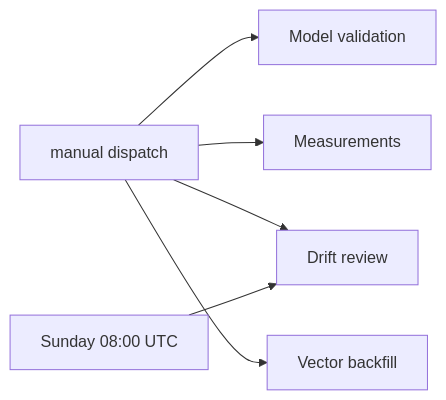
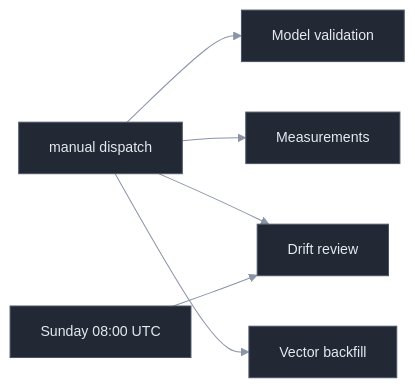
Before and after one commit to miztiik/yen-idhazh: the third of 4 diagrams in docs/reference/github-actions.md, drawn with Mermaid. The commit also changed other lines of this file and 18 other files, not shown here.

First line of the commit message:
Name a candidate by its models file, and give every diagram a house style (#725)

````diff
--- a/docs/reference/github-actions.md
+++ b/docs/reference/github-actions.md
@@ -436,8 +477,12 @@
 ```mermaid
+%%{init: {"theme": "base", "themeVariables": {"background": "#0f1117", "primaryColor": "#222834", "primaryTextColor": "#e6e9f0", "primaryBorderColor": "#4b5468", "lineColor": "#8b93a7", "textColor": "#e6e9f0", "clusterBkg": "#1a1e27", "clusterBorder": "#3a4254", "titleColor": "#e6e9f0", "edgeLabelBackground": "#1a1e27", "fontSize": "14px"}}}%%
 flowchart LR
  PERSON["manual dispatch"] --> VALIDATE["Model validation"]
  PERSON --> MEASURE["Measurements"]
  PERSON --> DRIFT["Drift review"]
  PERSON --> BACKFILL["Vector backfill"]
  WEEKLY["Sunday 08:00 UTC"] --> DRIFT
+
+ classDef stage fill:#222834,stroke:#4b5468,stroke-width:1px,color:#e6e9f0;
+ class PERSON,WEEKLY,VALIDATE,MEASURE,DRIFT,BACKFILL stage;
 ```
````
